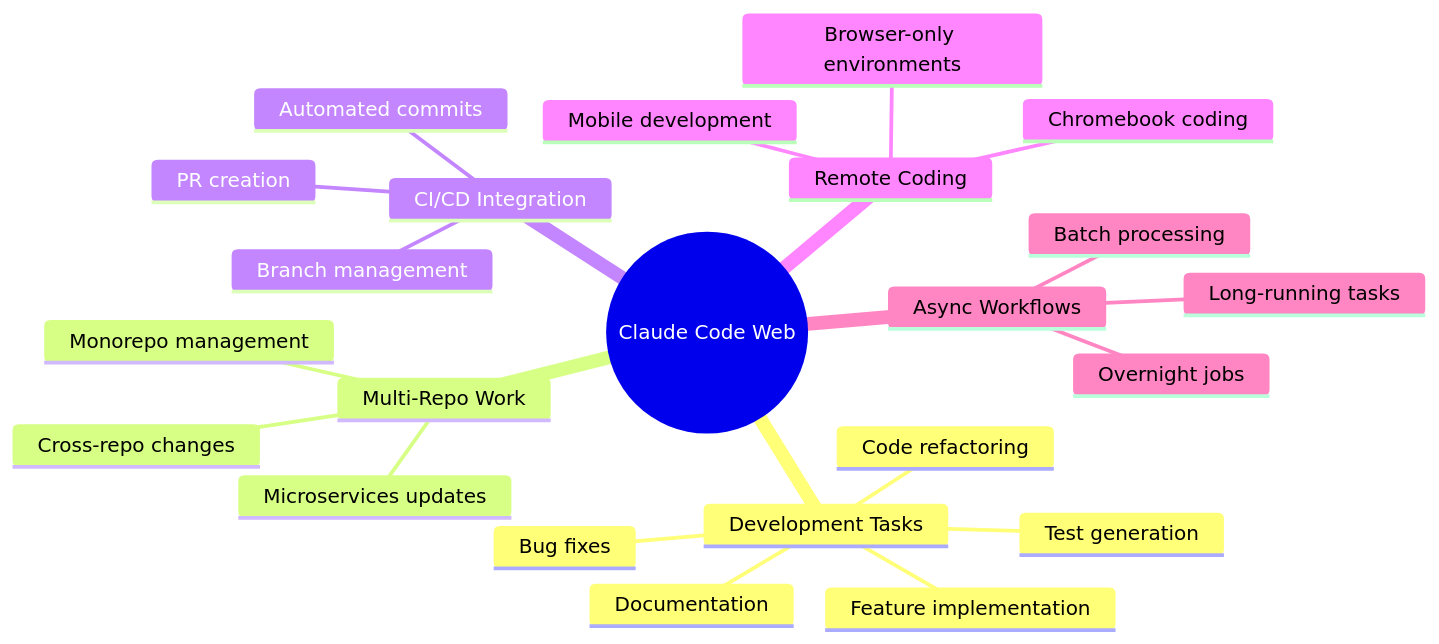
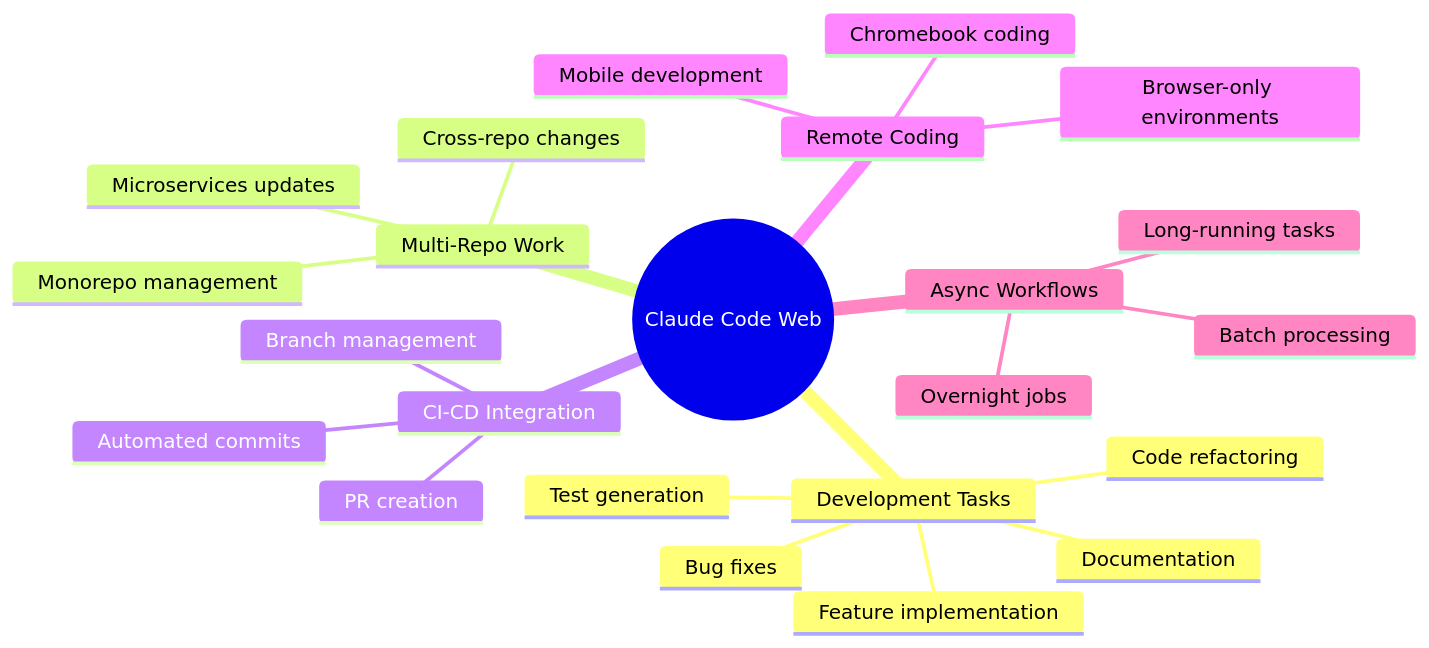
The tenth of 11 diagrams in ai/claude-code-web-overview.md (quochuydev/quochuydev), drawn with Mermaid before and after one commit. The commit also changed other lines of this file, not shown here.

Commit message:
Fix Mermaid diagram syntax errors in Claude Code Web overview
- Remove leading slash from process_api node that was interpreted as shape modifier
- Replace CI/CD with CI-CD in mindmap to avoid parsing issues

🤖 Generated with [Claude Code](https://claude.com/claude-code)

````diff
--- a/ai/claude-code-web-overview.md
+++ b/ai/claude-code-web-overview.md
@@ -422,26 +422,26 @@
 ```mermaid
 mindmap
     root((Claude Code Web))
         Development Tasks
             Feature implementation
             Bug fixes
             Code refactoring
             Test generation
             Documentation
         Multi-Repo Work
             Cross-repo changes
             Microservices updates
             Monorepo management
-        CI/CD Integration
+        CI-CD Integration
             PR creation
             Branch management
             Automated commits
         Remote Coding
             Mobile development
             Browser-only environments
             Chromebook coding
         Async Workflows
             Long-running tasks
             Batch processing
             Overnight jobs
 ```
````
